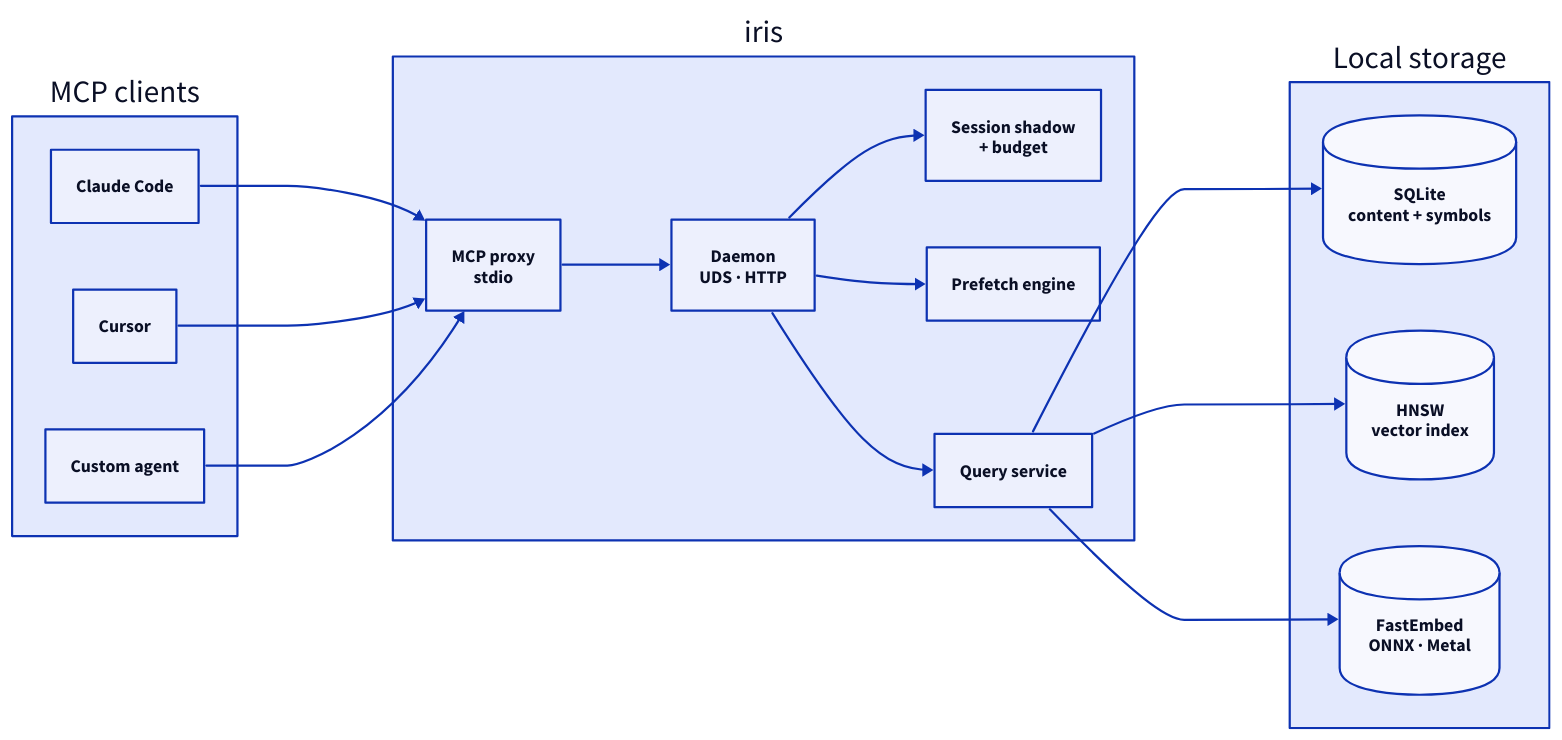
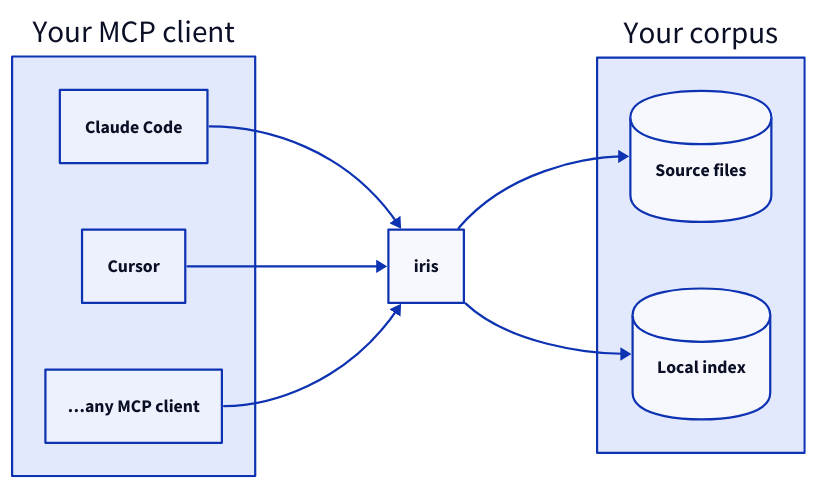
Before and after one commit to OlsonSoftware/ministr: the first of 2 diagrams in docs/src/index.md, drawn with D2. The commit also changed other lines of this file and 4 other files, not shown here.

````diff
--- a/docs/src/index.md
+++ b/docs/src/index.md
@@ -123,42 +123,29 @@
 ```d2
 direction: right
 
-clients: MCP clients {
+clients: Your MCP client {
   claude: Claude Code
   cursor: Cursor
-  agent: Custom agent
+  agent: …any MCP client
 }
 
 iris: iris {
-  proxy: MCP proxy\nstdio
-  daemon: Daemon\nUDS · HTTP
-  session: Session shadow\n+ budget
-  prefetch: Prefetch engine
-  query: Query service
-
-  proxy -> daemon
-  daemon -> session
-  daemon -> prefetch
-  daemon -> query
+  shape: rectangle
 }
 
-storage: Local storage {
-  sql: SQLite\ncontent + symbols {
+storage: Your corpus {
+  files: Source files {
     shape: cylinder
   }
-  hnsw: HNSW\nvector index {
-    shape: cylinder
-  }
-  embed: FastEmbed\nONNX · Metal {
+  index: Local index {
     shape: cylinder
   }
 }
 
-clients.claude -> iris.proxy
-clients.cursor -> iris.proxy
-clients.agent -> iris.proxy
+clients.claude -> iris
+clients.cursor -> iris
+clients.agent -> iris
 
-iris.query -> storage.sql
-iris.query -> storage.hnsw
-iris.query -> storage.embed
+iris -> storage.files
+iris -> storage.index
 ```
````
